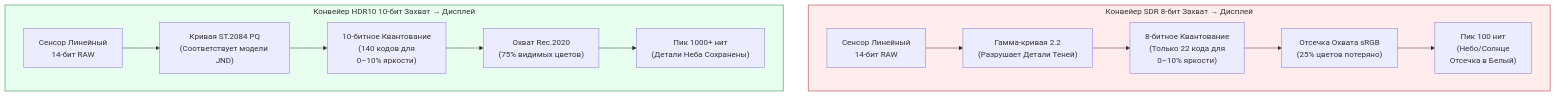
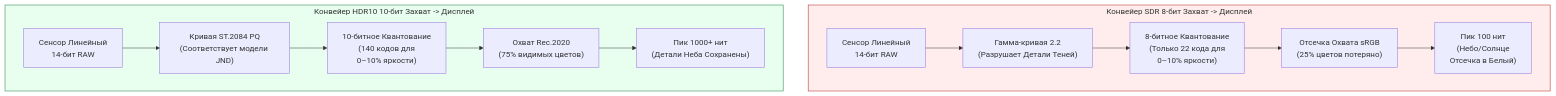
One commit to zoozooll/AndroidCameraParameters changed the first of 2 diagrams in website/i18n/ru/docusaurus-plugin-content-docs/current/camera2/hdr-and-ultra-hdr.md. Above: the diagram before and after it, drawn with Mermaid. The commit also changed other lines of this file and 77 other files, not shown here.

First line of the commit message:
docs: standardize Mermaid syntax and polish 3A pipeline translations

````diff
--- a/website/i18n/ru/docusaurus-plugin-content-docs/current/camera2/hdr-and-ultra-hdr.md
+++ b/website/i18n/ru/docusaurus-plugin-content-docs/current/camera2/hdr-and-ultra-hdr.md
@@ -33,19 +33,19 @@
 ```mermaid
 flowchart TD
-    subgraph SDRpath["Конвейер SDR 8-бит Захват → Дисплей"]
+    subgraph SDRpath["Конвейер SDR 8-бит Захват -> Дисплей"]
         S1["Сенсор Линейный<br/>14-бит RAW"] --> S2["Гамма-кривая 2.2<br/>(Разрушает Детали Теней)"]
         S2 --> S3["8-битное Квантование<br/>(Только 22 кода для<br/>0–10% яркости)"]
         S3 --> S4["Отсечка Охвата sRGB<br/>(25% цветов потеряно)"]
         S4 --> S5["Пик 100 нит<br/>(Небо/Солнце<br/>Отсечка в Белый)"]
     end
 
-    subgraph HDRpath["Конвейер HDR10 10-бит Захват → Дисплей"]
+    subgraph HDRpath["Конвейер HDR10 10-бит Захват -> Дисплей"]
         H1["Сенсор Линейный<br/>14-бит RAW"] --> H2["Кривая ST.2084 PQ<br/>(Соответствует модели JND)"]
         H2 --> H3["10-битное Квантование<br/>(140 кодов для<br/>0–10% яркости)"]
         H3 --> H4["Охват Rec.2020<br/>(75% видимых цветов)"]
         H4 --> H5["Пик 1000+ нит<br/>(Детали Неба Сохранены)"]
     end
 
     style SDRpath fill:#ffeded,stroke:#b91c1c
     style HDRpath fill:#e8fff0,stroke:#15803d
 ```
````
